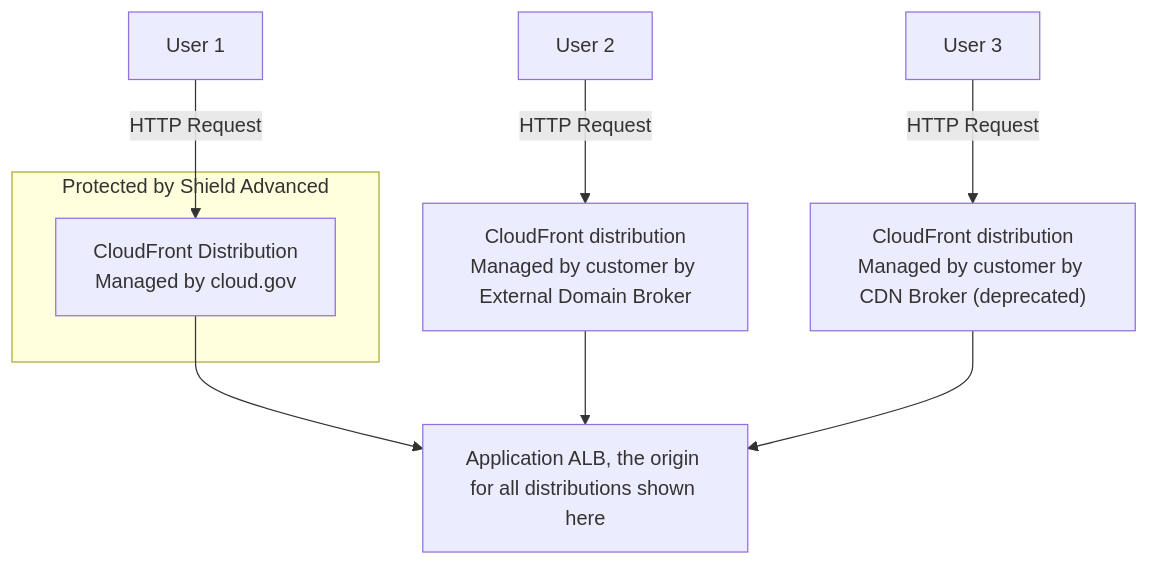
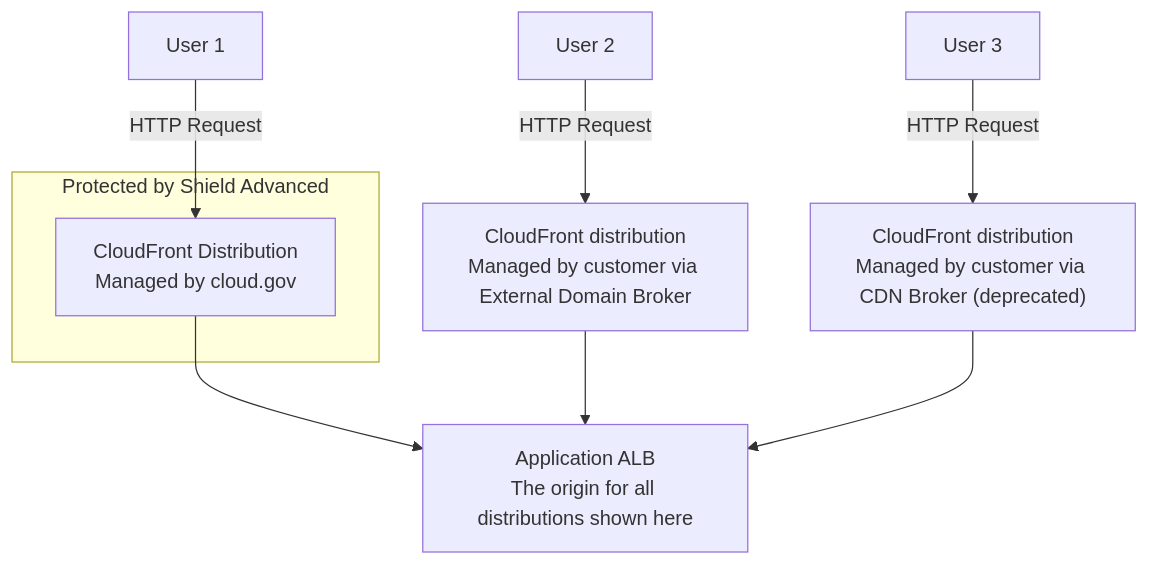
One commit to cloud-gov/product changed the fourth of 6 diagrams in adr/ADR-0009-shield-advanced.md. Above: the diagram before and after it, drawn with Mermaid. The commit also changed other lines of this file, not shown here.

Commit message:
Iterating on system diagram

````diff
--- a/adr/ADR-0009-shield-advanced.md
+++ b/adr/ADR-0009-shield-advanced.md
@@ -109,16 +124,16 @@
 ```mermaid
 graph TD
     user1[User 1] -->|HTTP Request| platformCDN
     user2[User 2] -->|HTTP Request| brokeredCDN
     user3[User 3] -->|HTTP Request| legacyCDN
 
     subgraph sa["Protected by Shield Advanced"]
         platformCDN[CloudFront Distribution<p>Managed by cloud.gov</p>]
     end
 
     platformCDN --> appALB[App ALB]
-    brokeredCDN[CloudFront distribution<p>Managed by customer by External Domain Broker</p>] --> appALB
-    legacyCDN["CloudFront distribution<p>Managed by customer by CDN Broker (deprecated)</p>"] --> appALB
+    brokeredCDN[CloudFront distribution<p>Managed by customer via External Domain Broker</p>] --> appALB
+    legacyCDN["CloudFront distribution<p>Managed by customer via CDN Broker (deprecated)</p>"] --> appALB
 
-    appALB[Application ALB, the origin for all distributions shown here]
+    appALB[Application ALB<p>The origin for all distributions shown here</p>]
 ```
````
